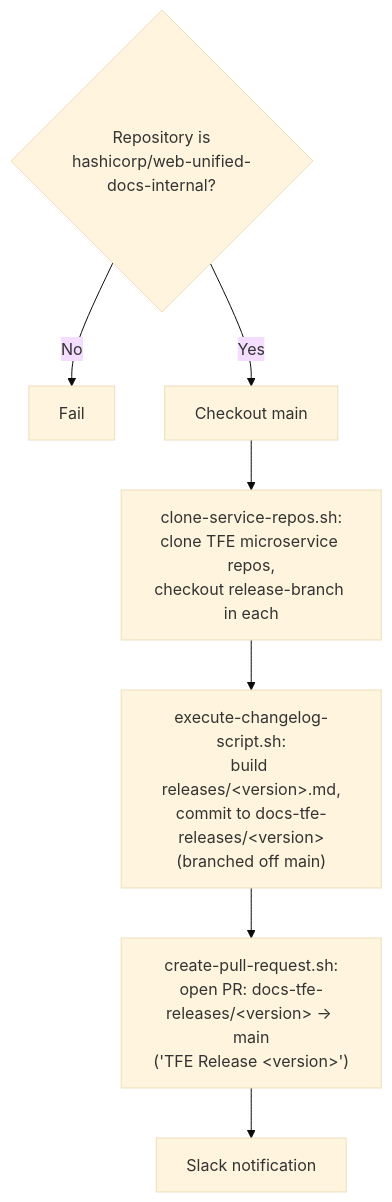
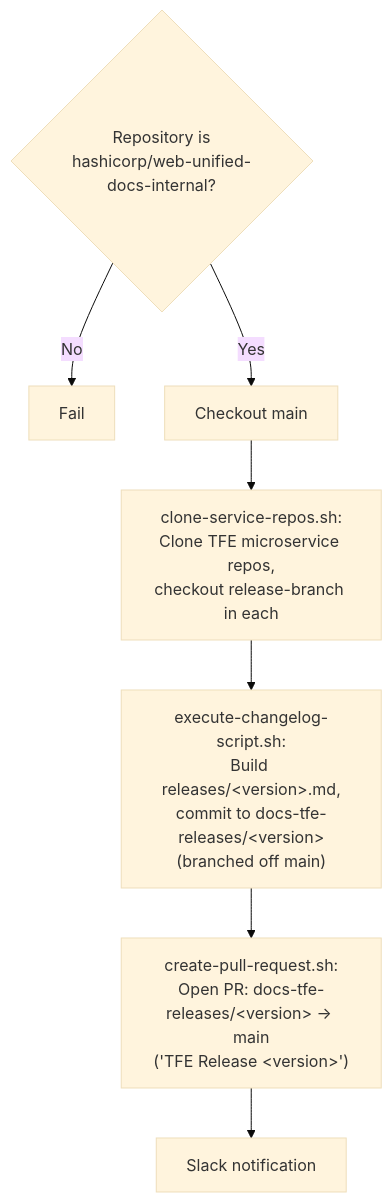
Before and after one commit to hashicorp/web-unified-docs: the fifth of 7 diagrams in docs/workflows/infrastructure-group/publish-tfe-docs.md, drawn with Mermaid (base theme). The commit also changed other lines of this file, not shown here.

Commit message:
capitalization in diagrams

````diff
--- a/docs/workflows/infrastructure-group/publish-tfe-docs.md
+++ b/docs/workflows/infrastructure-group/publish-tfe-docs.md
@@ -352,10 +352,10 @@
 ```mermaid
 flowchart TD
     P1{"Repository is<br/>hashicorp/web-unified-docs-internal?"}
     P1 -->|No| P2["Fail"]
     P1 -->|Yes| P3["Checkout main"]
-    P3 --> P4["clone-service-repos.sh:<br/>clone TFE microservice repos,<br/>checkout release-branch in each"]
-    P4 --> P5["execute-changelog-script.sh:<br/>build releases/&lt;version&gt;.md,<br/>commit to docs-tfe-releases/&lt;version&gt;<br/>(branched off main)"]
-    P5 --> P6["create-pull-request.sh:<br/>open PR: docs-tfe-releases/&lt;version&gt; → main<br/>('TFE Release &lt;version&gt;')"]
+    P3 --> P4["clone-service-repos.sh:<br/>Clone TFE microservice repos,<br/>checkout release-branch in each"]
+    P4 --> P5["execute-changelog-script.sh:<br/>Build releases/&lt;version&gt;.md,<br/>commit to docs-tfe-releases/&lt;version&gt;<br/>(branched off main)"]
+    P5 --> P6["create-pull-request.sh:<br/>Open PR: docs-tfe-releases/&lt;version&gt; → main<br/>('TFE Release &lt;version&gt;')"]
     P6 --> P7["Slack notification"]
 ```
````
